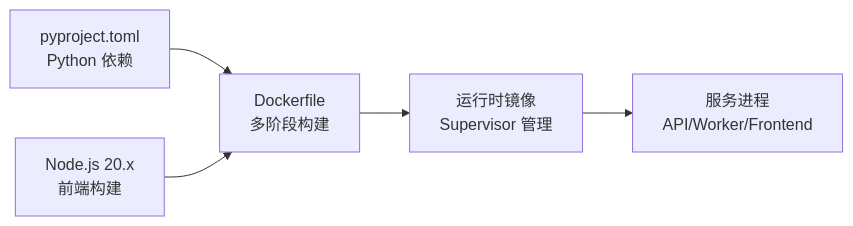
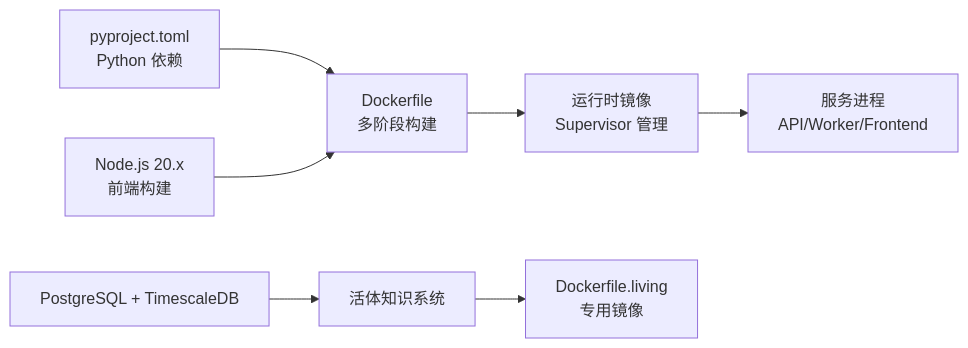
One commit to jackeyunjie/open-notebook changed the third of 3 diagrams in .qoder/repowiki/zh/content/安装与部署/安装与部署.md. Above: the diagram before and after it, drawn with Mermaid. The commit also changed other lines of this file and 51 other files, not shown here.

````diff
--- a/.qoder/repowiki/zh/content/安装与部署/安装与部署.md
+++ b/.qoder/repowiki/zh/content/安装与部署/安装与部署.md
@@ -298,7 +516,9 @@
 ```mermaid
 graph LR
 P["pyproject.toml<br/>Python 依赖"] --> IMG["Dockerfile<br/>多阶段构建"]
 N["Node.js 20.x<br/>前端构建"] --> IMG
 IMG --> RUNTIME["运行时镜像<br/>Supervisor 管理"]
 RUNTIME --> SVC["服务进程<br/>API/Worker/Frontend"]
+PL["PostgreSQL + TimescaleDB"] --> LIVING["活体知识系统"]
+LIVING --> LIVING_IMG["Dockerfile.living<br/>专用镜像"]
 ```
````
